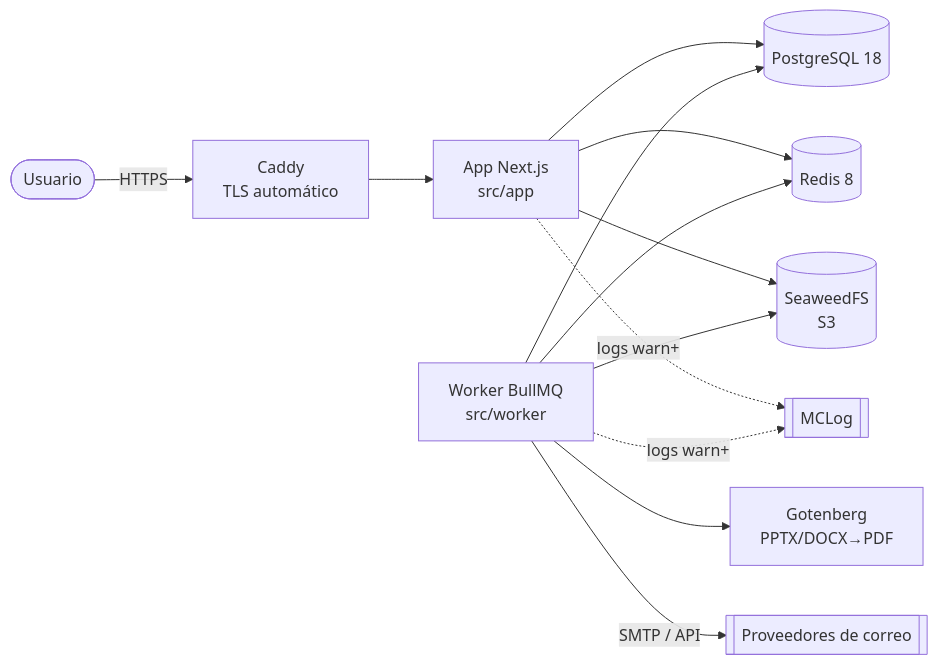
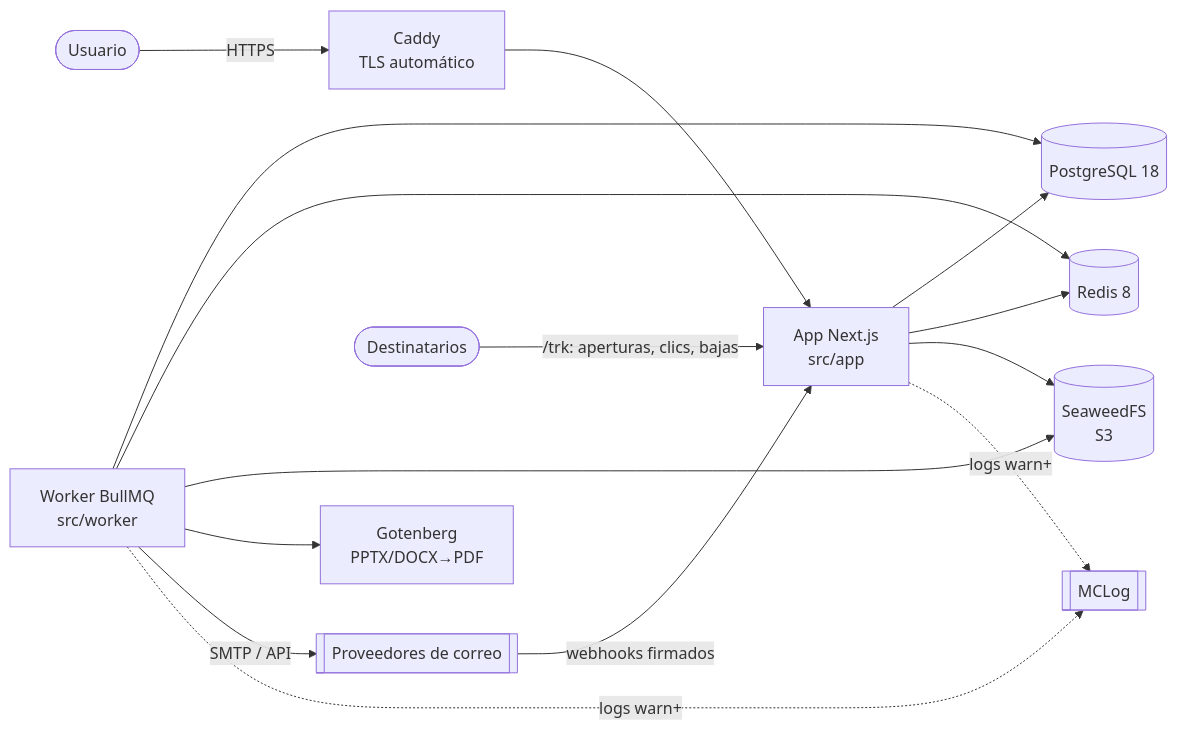
Before and after one commit to IngHeriEspinosa/MCSend-Notify: the first of 11 diagrams in docs/ARCHITECTURE.md, drawn with Mermaid. The commit also changed other lines of this file and 112 other files, not shown here.

````diff
--- a/docs/ARCHITECTURE.md
+++ b/docs/ARCHITECTURE.md
@@ -12,15 +12,17 @@
 ```mermaid
 flowchart LR
   user([Usuario]) -->|HTTPS| caddy[Caddy<br/>TLS automático]
   caddy --> app[App Next.js<br/>src/app]
   app --> pg[(PostgreSQL 18)]
   app --> redis[(Redis 8)]
   app --> s3[(SeaweedFS<br/>S3)]
   worker[Worker BullMQ<br/>src/worker] --> pg
   worker --> redis
   worker --> s3
   worker --> gotenberg[Gotenberg<br/>PPTX/DOCX→PDF]
   worker -->|SMTP / API| providers[[Proveedores de correo]]
+  providers -->|webhooks firmados| app
+  recipients([Destinatarios]) -->|/trk: aperturas, clics, bajas| app
   app -. logs warn+ .-> mclog[[MCLog]]
   worker -. logs warn+ .-> mclog
 ```
````
